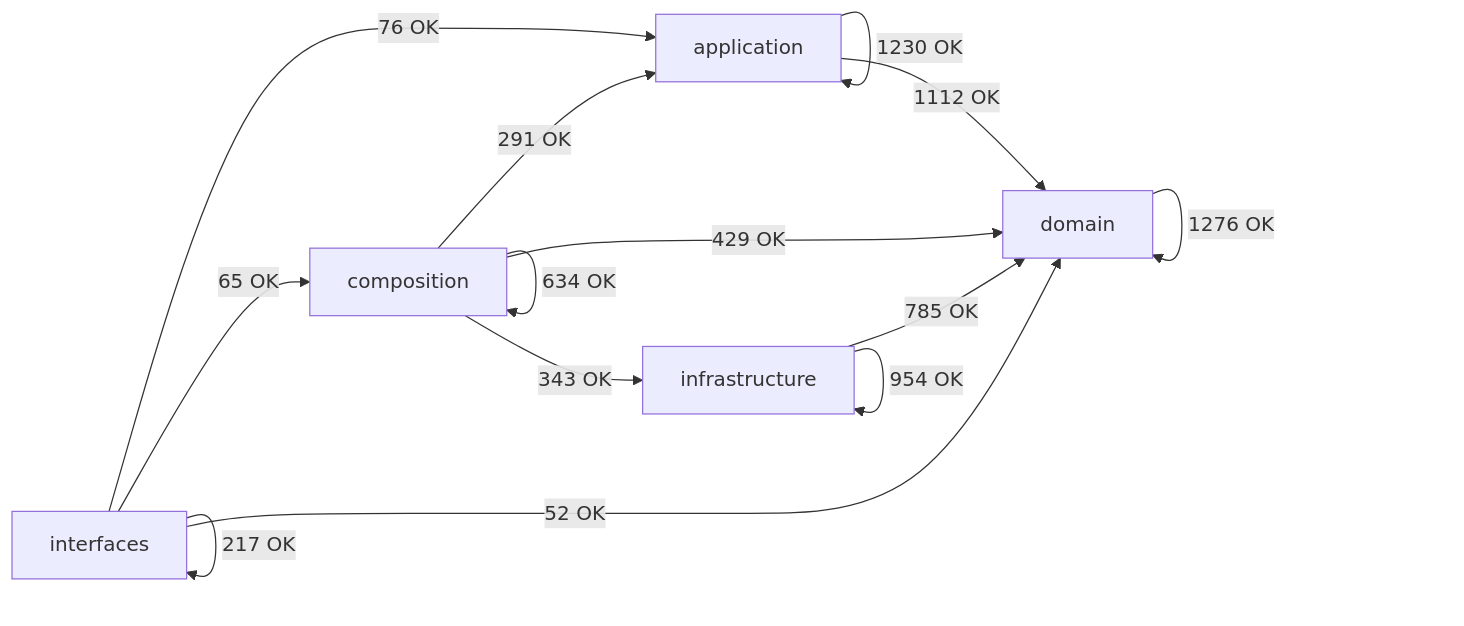
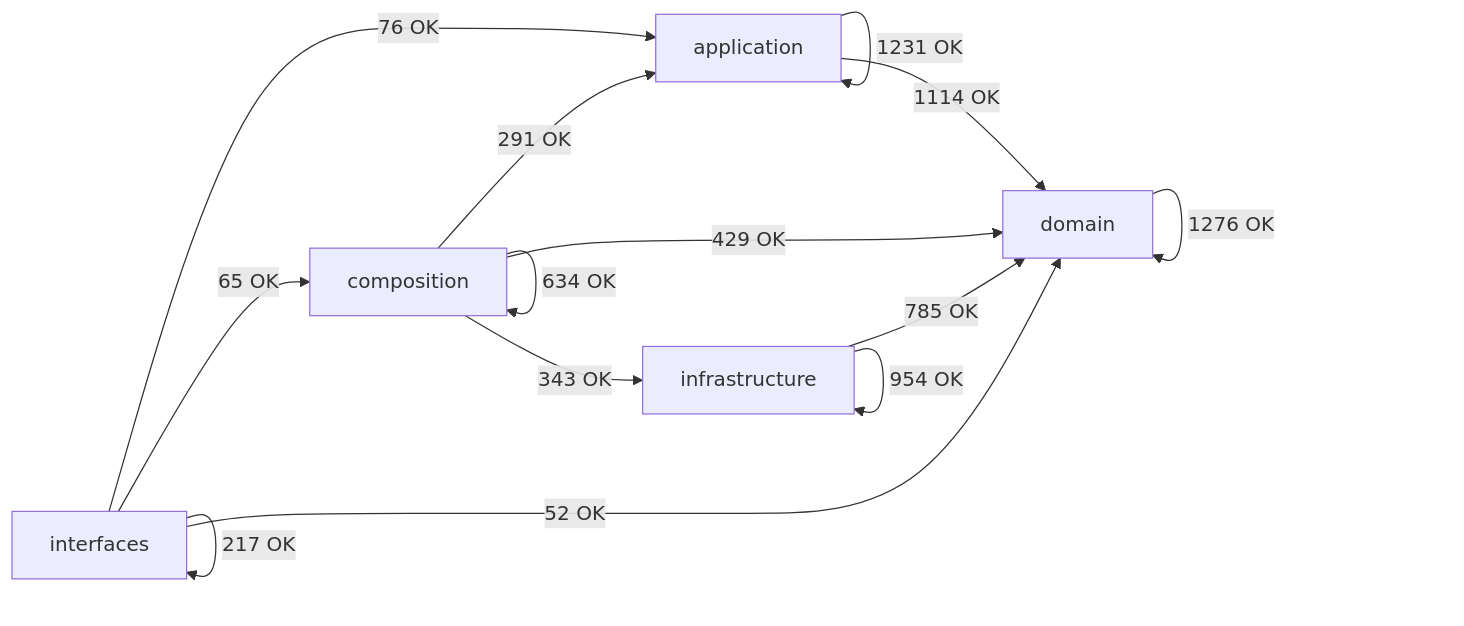
One commit to SatoryKono/BioactivityDataAcquisition changed the diagram in docs/02-architecture/generated/module-dependency-map.md. Above: the diagram before and after it, drawn with Mermaid. The commit also changed other lines of this file and 142 other files, not shown here.

````diff
--- a/docs/02-architecture/generated/module-dependency-map.md
+++ b/docs/02-architecture/generated/module-dependency-map.md
@@ -17,21 +17,21 @@
 ```mermaid
 flowchart LR
     domain[domain]
     application[application]
     infrastructure[infrastructure]
     composition[composition]
     interfaces[interfaces]
-    application -->|1230 OK| application
-    application -->|1112 OK| domain
+    application -->|1231 OK| application
+    application -->|1114 OK| domain
     composition -->|291 OK| application
     composition -->|634 OK| composition
     composition -->|429 OK| domain
     composition -->|343 OK| infrastructure
     domain -->|1276 OK| domain
     infrastructure -->|785 OK| domain
     infrastructure -->|954 OK| infrastructure
     interfaces -->|76 OK| application
     interfaces -->|65 OK| composition
     interfaces -->|52 OK| domain
     interfaces -->|217 OK| interfaces
 ```
````
